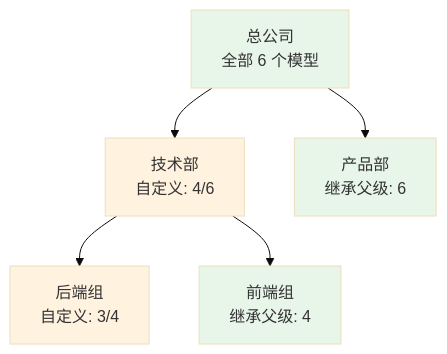
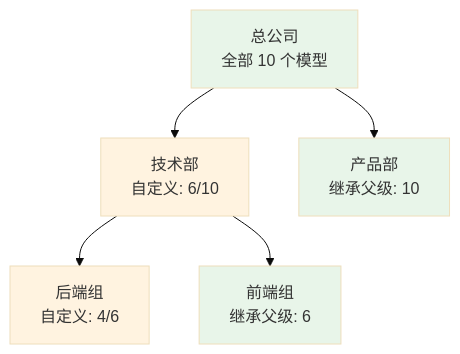
The ninth of 15 diagrams in docs/PRD.md (quyip8818/mytokenjoy), drawn with Mermaid (base theme) before and after one commit. The commit also changed other lines of this file, not shown here.

````diff
--- a/docs/PRD.md
+++ b/docs/PRD.md
@@ -451,13 +515,13 @@
 ```mermaid
 flowchart TD
-    A[总公司<br/>全部 6 个模型] --> B[技术部<br/>自定义: 4/6]
-    A --> C[产品部<br/>继承父级: 6]
-    B --> D[后端组<br/>自定义: 3/4]
-    B --> E[前端组<br/>继承父级: 4]
+    A[总公司<br/>全部 10 个模型] --> B[技术部<br/>自定义: 6/10]
+    A --> C[产品部<br/>继承父级: 10]
+    B --> D[后端组<br/>自定义: 4/6]
+    B --> E[前端组<br/>继承父级: 6]
 
     style A fill:#e8f5e9
     style B fill:#fff3e0
     style D fill:#fff3e0
     style C fill:#e8f5e9
     style E fill:#e8f5e9
 ```
````
